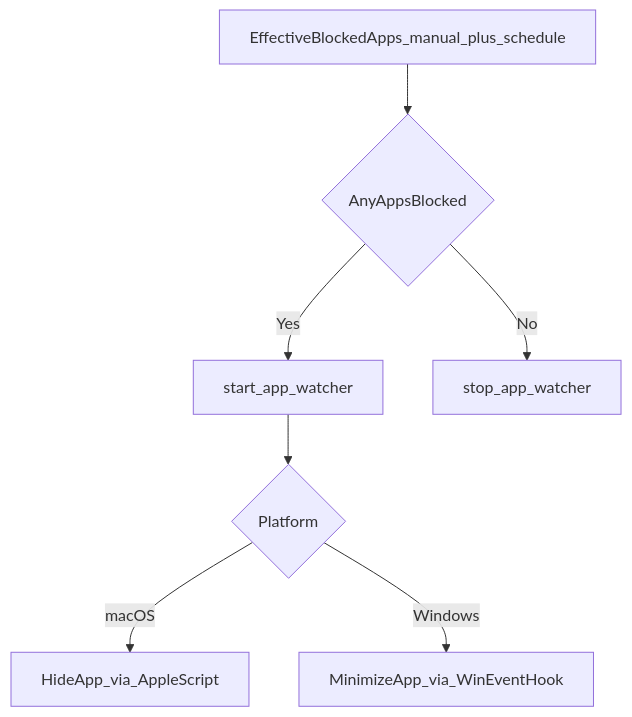
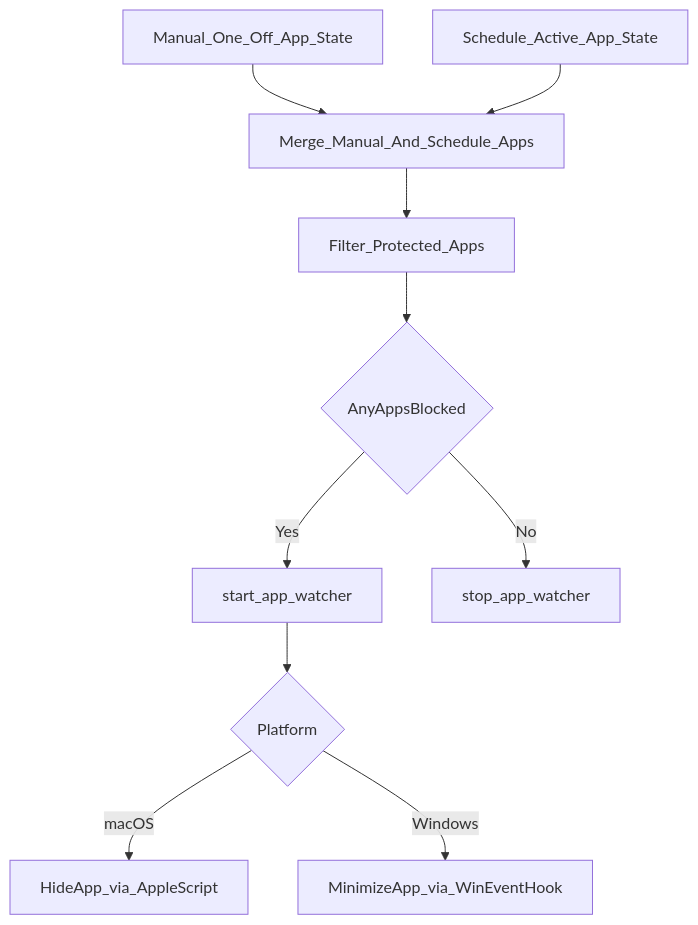
One commit to kasnder/redd-block changed the fourth of 13 diagrams in architecture.md. Above: the diagram before and after it, drawn with Mermaid. The commit also changed other lines of this file, not shown here.

````diff
--- a/architecture.md
+++ b/architecture.md
@@ -256,9 +271,12 @@
 ```mermaid
 flowchart TD
-    effectiveApps[EffectiveBlockedApps_manual_plus_schedule] --> watcherNeed{AnyAppsBlocked}
+    manualApps[Manual_One_Off_App_State] --> mergeApps[Merge_Manual_And_Schedule_Apps]
+    scheduleApps[Schedule_Active_App_State] --> mergeApps
+    mergeApps --> filterApps[Filter_Protected_Apps]
+    filterApps --> watcherNeed{AnyAppsBlocked}
     watcherNeed -->|Yes| startWatcher[start_app_watcher]
     watcherNeed -->|No| stopWatcher[stop_app_watcher]
     startWatcher --> platformImpl{Platform}
     platformImpl -->|macOS| macHide[HideApp_via_AppleScript]
     platformImpl -->|Windows| winMin[MinimizeApp_via_WinEventHook]
 ```
````
